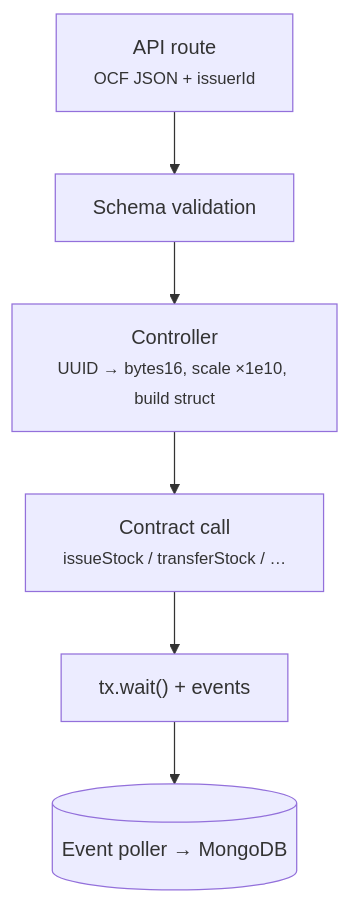
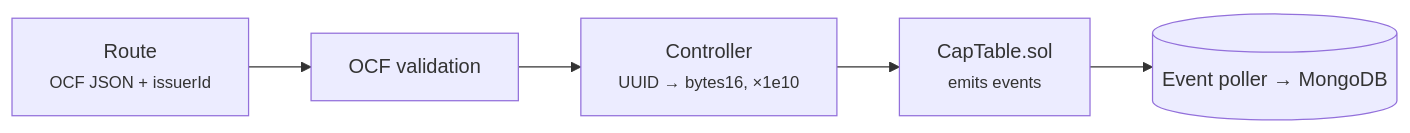
The diagram in docs/src/content/api-reference/controllers.mdx (transfer-agent-protocol/tap-cap-table), drawn with Mermaid before and after one commit. The commit also changed other lines of this file and 2 other files, not shown here.

Commit message:
docs: rewrite api reference and add known issues

````diff
--- a/docs/src/content/api-reference/controllers.mdx
+++ b/docs/src/content/api-reference/controllers.mdx
@@ -7,8 +5,7 @@
 ```mermaid
-flowchart TD
-    A["API route<br/><small>OCF JSON + issuerId</small>"] --> B["Schema validation"]
-    B --> C["Controller<br/><small>UUID → bytes16, scale ×1e10, build struct</small>"]
-    C --> D["Contract call<br/><small>issueStock / transferStock / …</small>"]
-    D --> E["tx.wait() + events"]
-    E --> F[("Event poller → MongoDB")]
+flowchart LR
+    A["Route<br/><small>OCF JSON + issuerId</small>"] --> B["OCF validation"]
+    B --> C["Controller<br/><small>UUID → bytes16, ×1e10</small>"]
+    C --> D["CapTable.sol<br/><small>emits events</small>"]
+    D --> E[("Event poller → MongoDB")]
 ```
````
